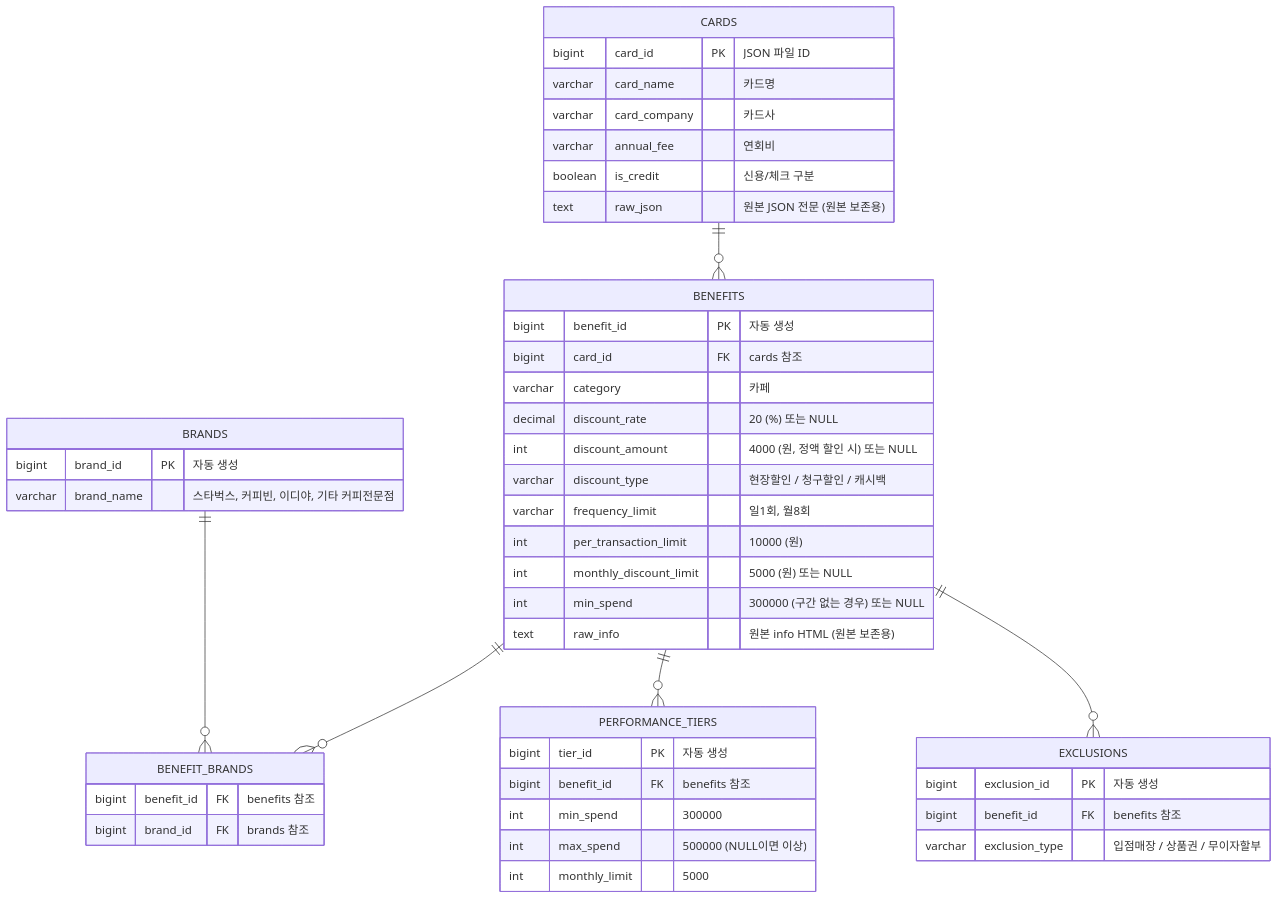
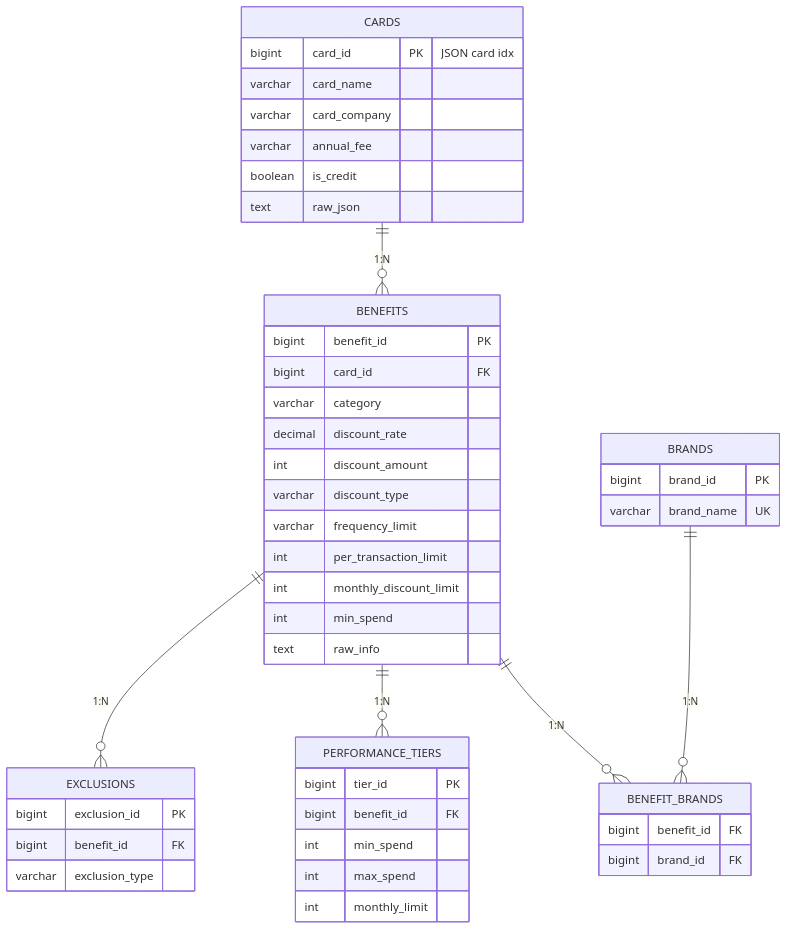
One commit to cohi42/creditcard_recomm changed the first of 3 diagrams in ERD.md. Above: the diagram before and after it, drawn with Mermaid. The commit also changed other lines of this file and 4 other files, not shown here.

Commit message:
edit DB schema

````diff
--- a/ERD.md
+++ b/ERD.md
@@ -1,55 +1,55 @@
 ```mermaid
 erDiagram
-    BRANDS {
-        bigint brand_id PK "자동 생성"
-        varchar brand_name "스타벅스, 커피빈, 이디야, 기타 커피전문점"
-    }
-
     CARDS {
-        bigint card_id PK "JSON 파일 ID"
-        varchar card_name "카드명"
-        varchar card_company "카드사"
-        varchar annual_fee "연회비"
-        boolean is_credit "신용/체크 구분"
-        text raw_json "원본 JSON 전문 (원본 보존용)"
+        bigint card_id PK "JSON card idx"
+        varchar card_name
+        varchar card_company
+        varchar annual_fee
+        boolean is_credit
+        text raw_json
     }
 
     BENEFITS {
-        bigint benefit_id PK "자동 생성"
-        bigint card_id FK "cards 참조"
-        varchar category "카페"
-        decimal discount_rate "20 (%) 또는 NULL"
-        int discount_amount "4000 (원, 정액 할인 시) 또는 NULL"
-        varchar discount_type "현장할인 / 청구할인 / 캐시백"
-        varchar frequency_limit "일1회, 월8회"
-        int per_transaction_limit "10000 (원)"
-        int monthly_discount_limit "5000 (원) 또는 NULL"
-        int min_spend "300000 (구간 없는 경우) 또는 NULL"
-        text raw_info "원본 info HTML (원본 보존용)"
+        bigint benefit_id PK
+        bigint card_id FK
+        varchar category
+        decimal discount_rate
+        int discount_amount
+        varchar discount_type
+        varchar frequency_limit
+        int per_transaction_limit
+        int monthly_discount_limit
+        int min_spend
+        text raw_info
+    }
+
+    BRANDS {
+        bigint brand_id PK
+        varchar brand_name UK
     }
 
     BENEFIT_BRANDS {
-        bigint benefit_id FK "benefits 참조"
-        bigint brand_id FK "brands 참조"
+        bigint benefit_id FK
+        bigint brand_id FK
     }
 
     PERFORMANCE_TIERS {
-        bigint tier_id PK "자동 생성"
-        bigint benefit_id FK "benefits 참조"
-        int min_spend "300000"
-        int max_spend "500000 (NULL이면 이상)"
-        int monthly_limit "5000"
+        bigint tier_id PK
+        bigint benefit_id FK
+        int min_spend
+        int max_spend
+        int monthly_limit
     }
 
     EXCLUSIONS {
-        bigint exclusion_id PK "자동 생성"
-        bigint benefit_id FK "benefits 참조"
-        varchar exclusion_type "입점매장 / 상품권 / 무이자할부"
+        bigint exclusion_id PK
+        bigint benefit_id FK
+        varchar exclusion_type
     }
 
-    CARDS ||--o{ BENEFITS : ""
-    BENEFITS ||--o{ BENEFIT_BRANDS : ""
-    BRANDS ||--o{ BENEFIT_BRANDS : ""
-    BENEFITS ||--o{ PERFORMANCE_TIERS : ""
-    BENEFITS ||--o{ EXCLUSIONS : ""
+    CARDS ||--o{ BENEFITS : "1:N"
+    BENEFITS ||--o{ BENEFIT_BRANDS : "1:N"
+    BRANDS ||--o{ BENEFIT_BRANDS : "1:N"
+    BENEFITS ||--o{ PERFORMANCE_TIERS : "1:N"
+    BENEFITS ||--o{ EXCLUSIONS : "1:N"
 ```
````
